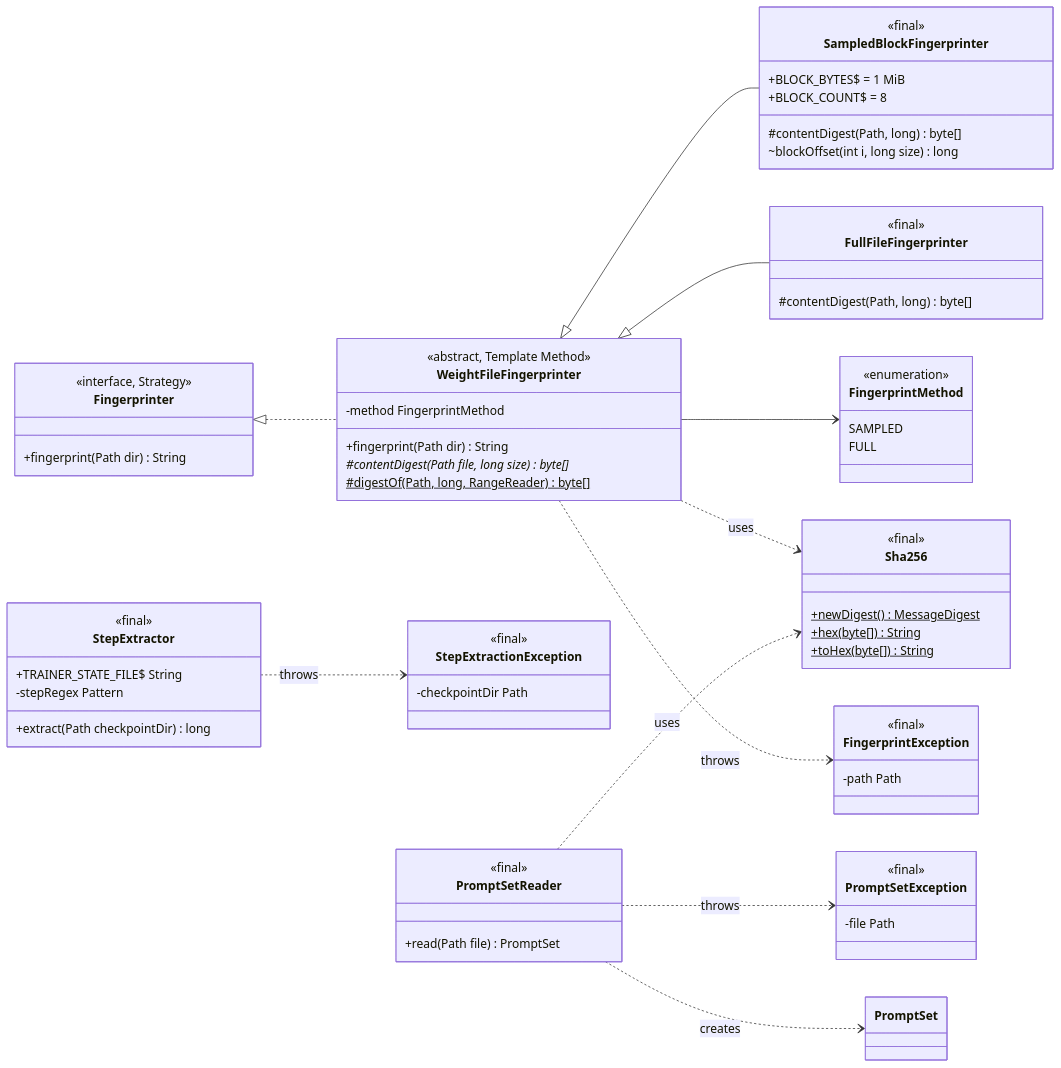
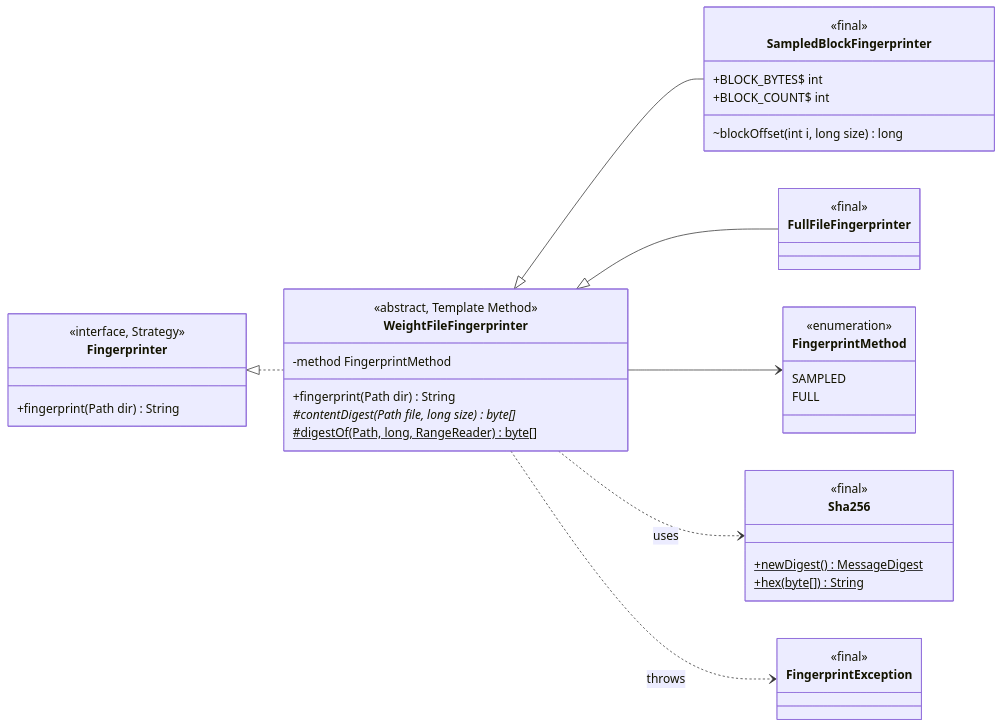
One commit to ritikmahy5/draftwatch changed the fourth of 9 diagrams in docs/uml/class-diagram.md. Above: the diagram before and after it, drawn with Mermaid. The commit also changed other lines of this file and 2 other files, not shown here.

Commit message:
docs: update architecture, class diagram, and README for M2

````diff
--- a/docs/uml/class-diagram.md
+++ b/docs/uml/class-diagram.md
@@ -446,71 +459,41 @@
 ```mermaid
 classDiagram
   direction LR
 
   class Fingerprinter {
     <<interface, Strategy>>
     +fingerprint(Path dir) String
   }
   class WeightFileFingerprinter {
     <<abstract, Template Method>>
     -method FingerprintMethod
     +fingerprint(Path dir) String
     #contentDigest(Path file, long size)* byte[]
     #digestOf(Path, long, RangeReader)$ byte[]
   }
   class SampledBlockFingerprinter {
     <<final>>
-    +BLOCK_BYTES$ = 1 MiB
-    +BLOCK_COUNT$ = 8
-    #contentDigest(Path, long) byte[]
+    +BLOCK_BYTES$ int
+    +BLOCK_COUNT$ int
     ~blockOffset(int i, long size) long
   }
-  class FullFileFingerprinter {
-    <<final>>
-    #contentDigest(Path, long) byte[]
-  }
+  class FullFileFingerprinter { <<final>> }
   class FingerprintMethod {
     <<enumeration>>
     SAMPLED
     FULL
   }
-  class FingerprintException {
-    <<final>>
-    -path Path
-  }
+  class FingerprintException { <<final>> }
   class Sha256 {
     <<final>>
     +newDigest()$ MessageDigest
     +hex(byte[])$ String
-    +toHex(byte[])$ String
-  }
-  class StepExtractor {
-    <<final>>
-    +TRAINER_STATE_FILE$ String
-    -stepRegex Pattern
-    +extract(Path checkpointDir) long
-  }
-  class StepExtractionException {
-    <<final>>
-    -checkpointDir Path
-  }
-  class PromptSetReader {
-    <<final>>
-    +read(Path file) PromptSet
-  }
-  class PromptSetException {
-    <<final>>
-    -file Path
   }
 
   Fingerprinter <|.. WeightFileFingerprinter
   WeightFileFingerprinter <|-- SampledBlockFingerprinter
   WeightFileFingerprinter <|-- FullFileFingerprinter
   WeightFileFingerprinter --> FingerprintMethod
   WeightFileFingerprinter ..> Sha256 : uses
   WeightFileFingerprinter ..> FingerprintException : throws
-  StepExtractor ..> StepExtractionException : throws
-  PromptSetReader ..> Sha256 : uses
-  PromptSetReader ..> PromptSetException : throws
-  PromptSetReader ..> PromptSet : creates
 ```
````
